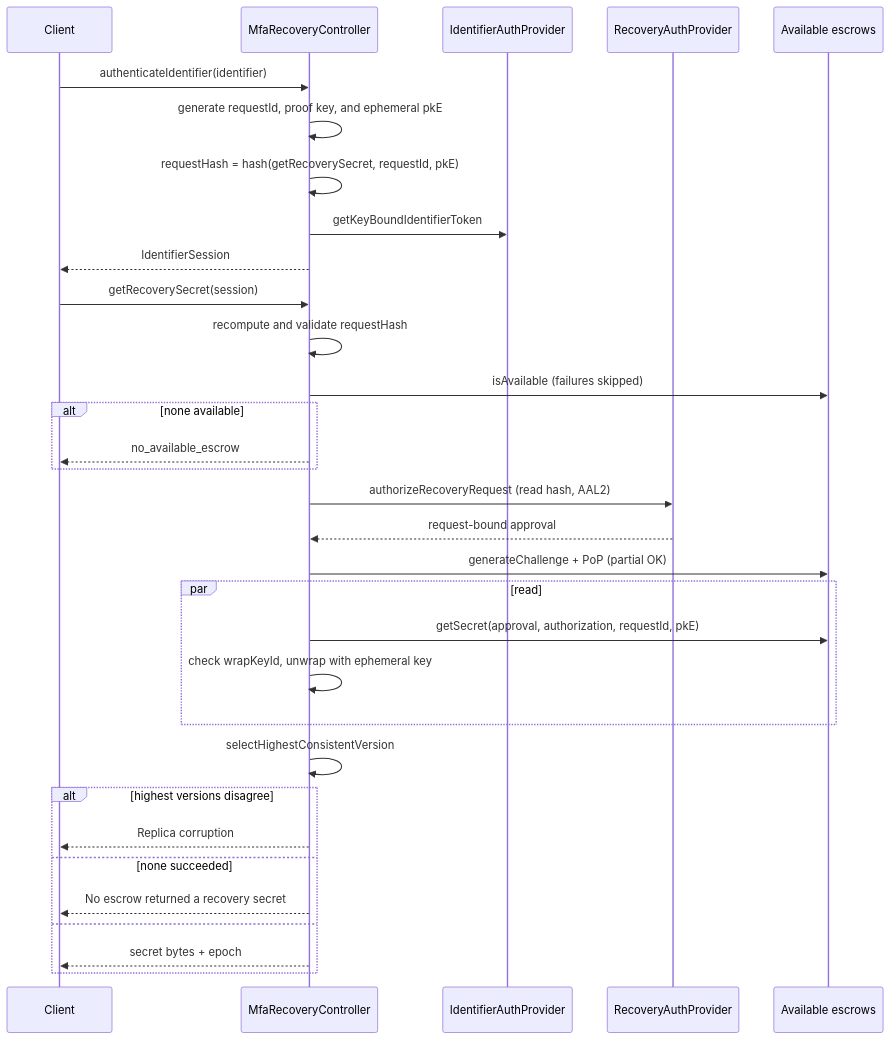
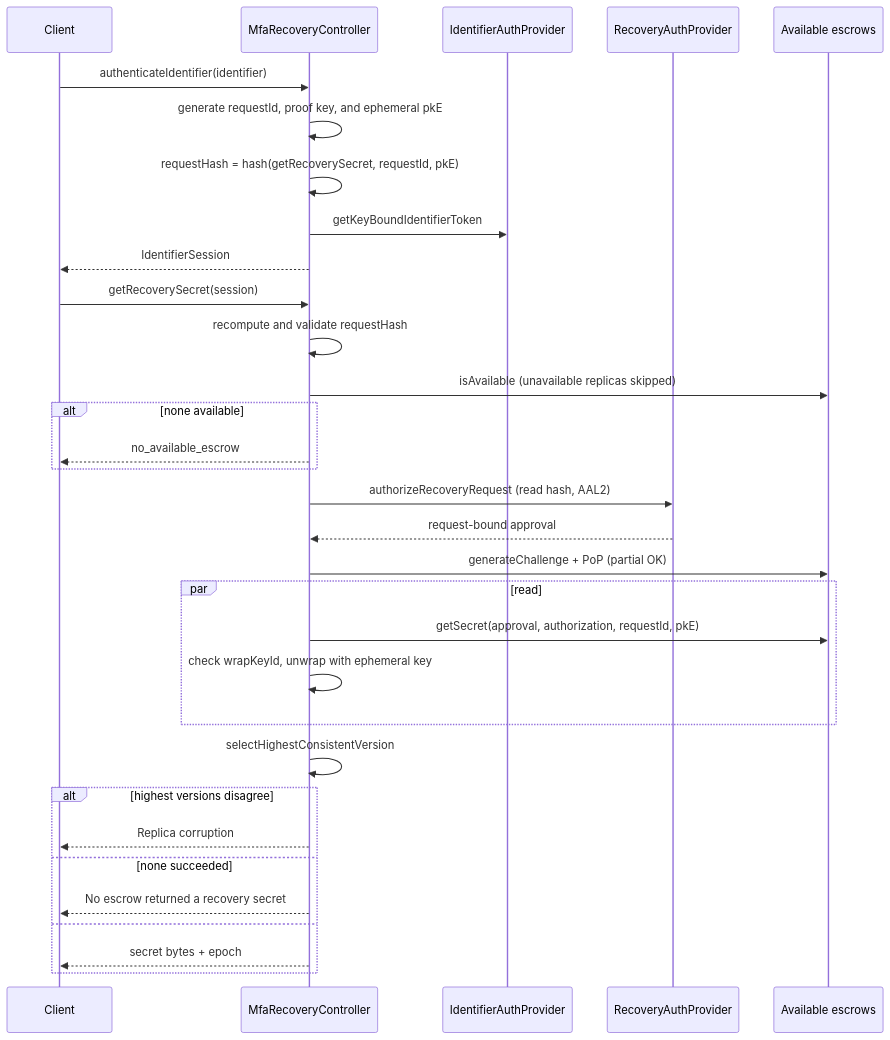
Before and after one commit to MetaMask/core: the fourth of 5 diagrams in packages/mfa-recovery-controller/ARCHITECTURE.md, drawn with Mermaid. The commit also changed other lines of this file and 4 other files, not shown here.

````diff
--- a/packages/mfa-recovery-controller/ARCHITECTURE.md
+++ b/packages/mfa-recovery-controller/ARCHITECTURE.md
@@ -257,35 +258,35 @@
 ```mermaid
 sequenceDiagram
   participant C as Client
   participant M as MfaRecoveryController
   participant I as IdentifierAuthProvider
   participant A as RecoveryAuthProvider
   participant E as Available escrows
 
   C->>M: authenticateIdentifier(identifier)
   M->>M: generate requestId, proof key, and ephemeral pkE
   M->>M: requestHash = hash(getRecoverySecret, requestId, pkE)
   M->>I: getKeyBoundIdentifierToken
   M-->>C: IdentifierSession
   C->>M: getRecoverySecret(session)
   M->>M: recompute and validate requestHash
-  M->>E: isAvailable (failures skipped)
+  M->>E: isAvailable (unavailable replicas skipped)
   alt none available
     M-->>C: no_available_escrow
   end
   M->>A: authorizeRecoveryRequest (read hash, AAL2)
   A-->>M: request-bound approval
   M->>E: generateChallenge + PoP (partial OK)
   par read
     M->>E: getSecret(approval, authorization, requestId, pkE)
     M->>M: check wrapKeyId, unwrap with ephemeral key
   end
   M->>M: selectHighestConsistentVersion
   alt highest versions disagree
     M-->>C: Replica corruption
   else none succeeded
     M-->>C: No escrow returned a recovery secret
   else
     M-->>C: secret bytes + epoch
   end
 ```
````
